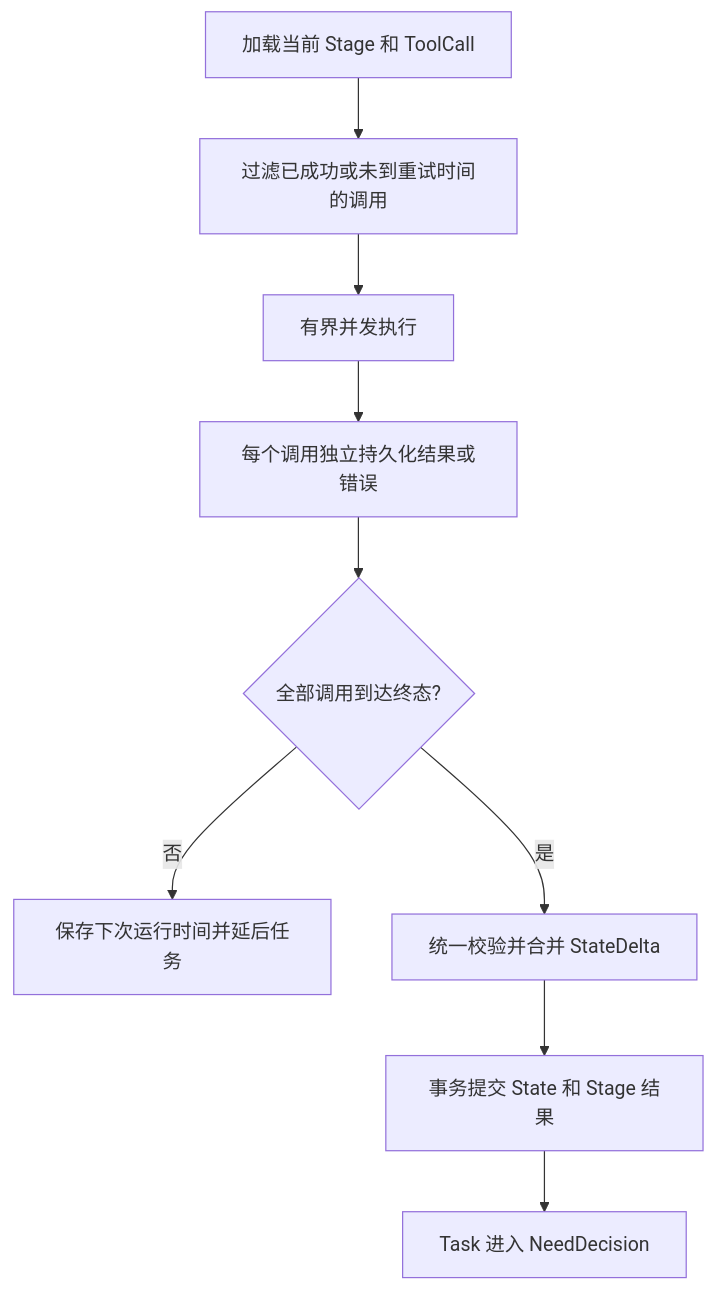
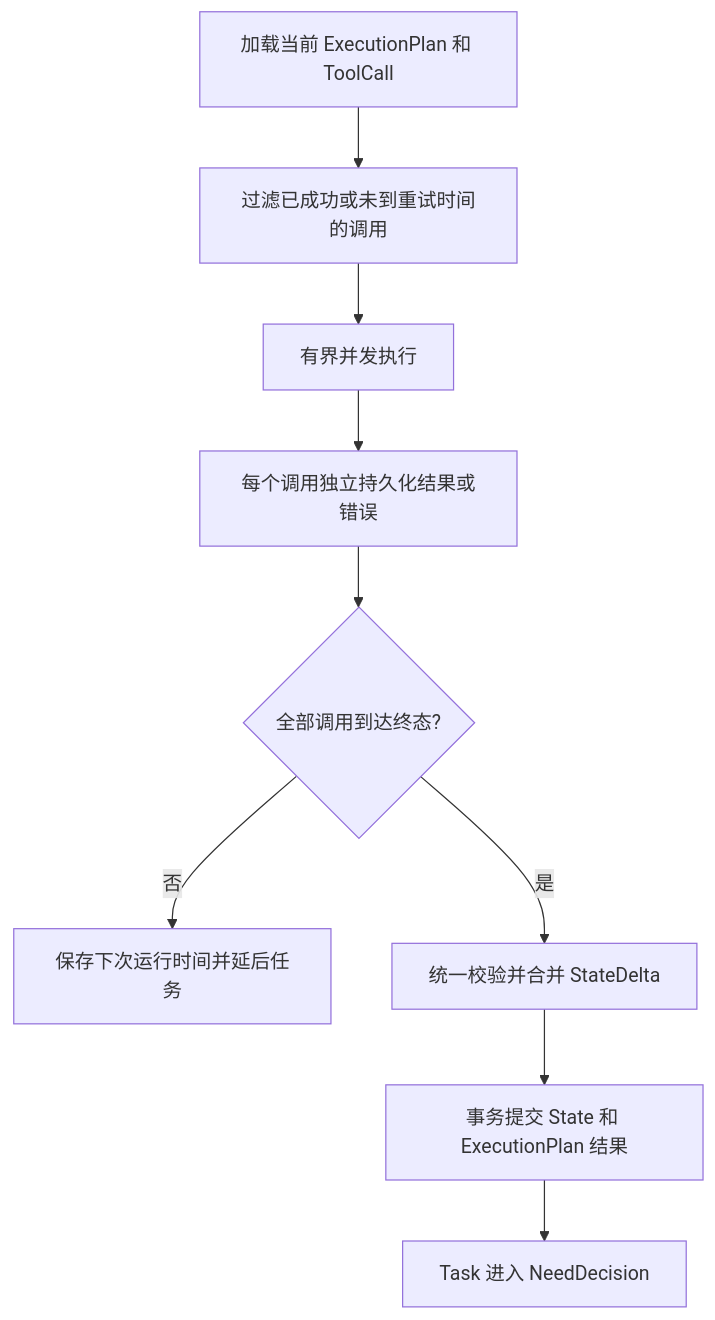
Before and after one commit to F-86/llm-driven-runtime: the second of 2 diagrams in docs/architecture/runtime-model.md, drawn with Mermaid. The commit also changed other lines of this file and 38 other files, not shown here.

````diff
--- a/docs/architecture/runtime-model.md
+++ b/docs/architecture/runtime-model.md
@@ -165,11 +164,11 @@
 ```mermaid
 flowchart TD
-    Load[加载当前 Stage 和 ToolCall] --> Filter[过滤已成功或未到重试时间的调用]
+    Load[加载当前 ExecutionPlan 和 ToolCall] --> Filter[过滤已成功或未到重试时间的调用]
     Filter --> Execute[有界并发执行]
     Execute --> Persist[每个调用独立持久化结果或错误]
     Persist --> Barrier{全部调用到达终态?}
     Barrier -- 否 --> Deferred[保存下次运行时间并延后任务]
     Barrier -- 是 --> Reduce[统一校验并合并 StateDelta]
-    Reduce --> Commit[事务提交 State 和 Stage 结果]
+    Reduce --> Commit[事务提交 State 和 ExecutionPlan 结果]
     Commit --> Decision[Task 进入 NeedDecision]
 ```
````
